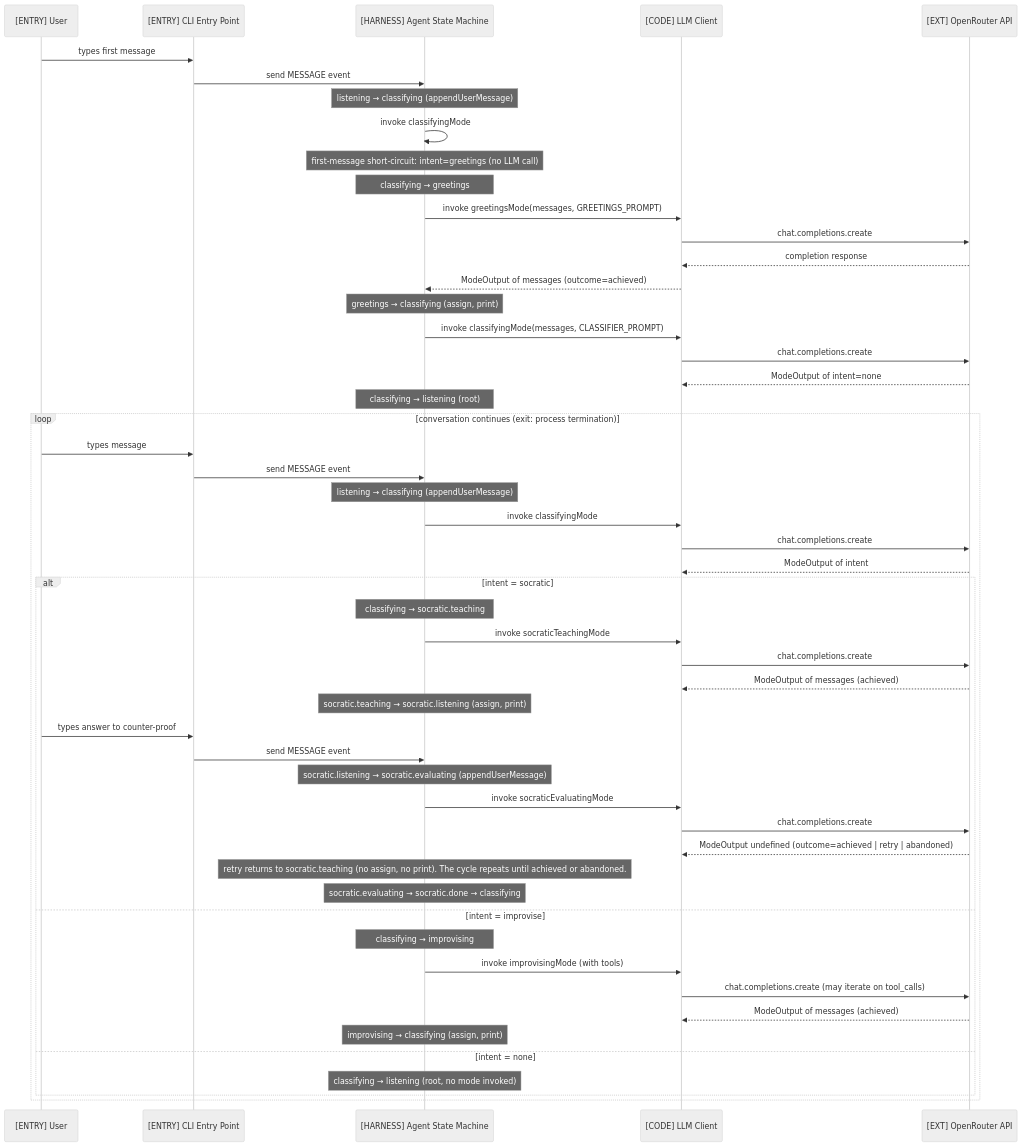
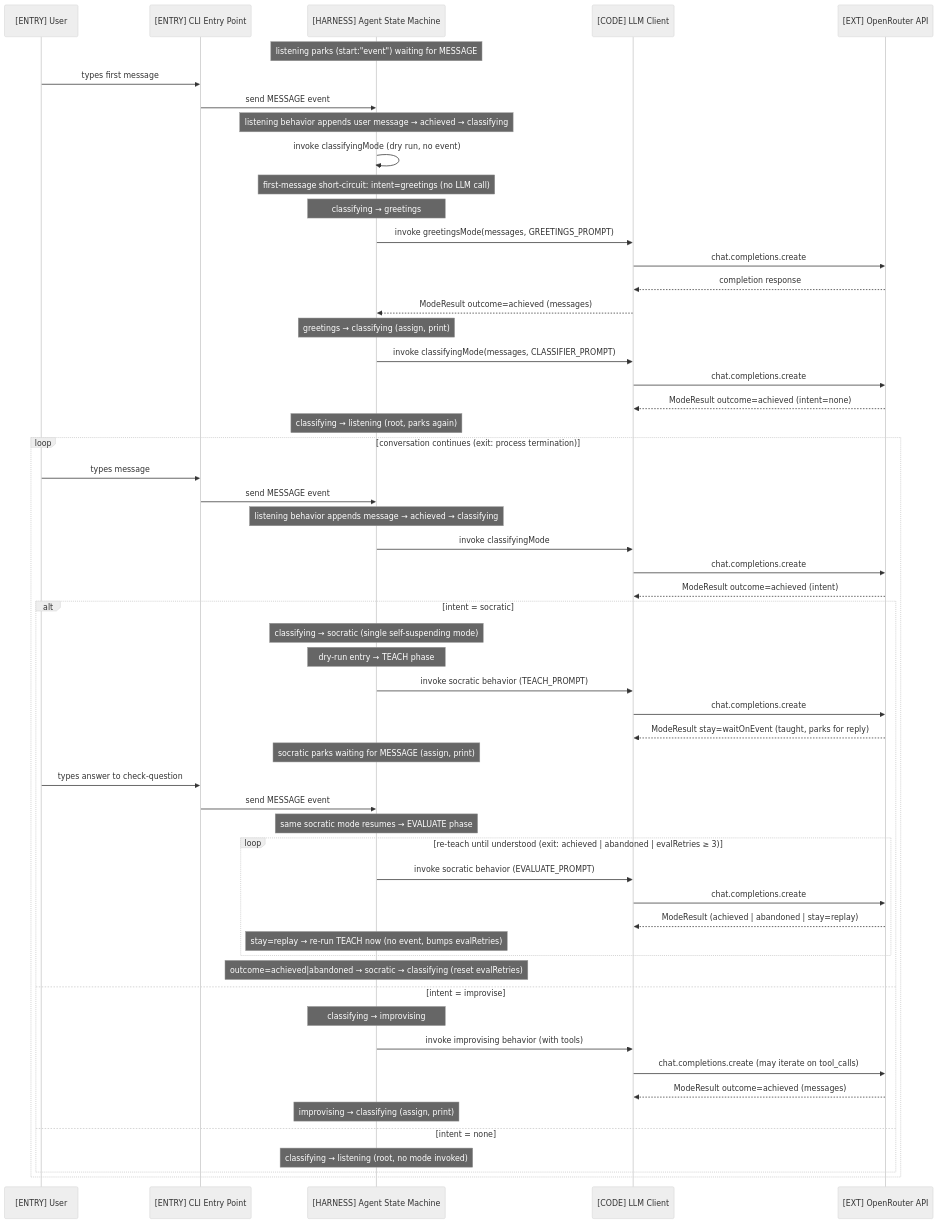
Before and after one commit to EduardoRenani/ai-agent-xstate: the diagram in docs/architecture/c4/flows/user-chat.mmd, drawn with Mermaid (neutral theme). The commit also changed 35 other files, not shown here.

```diff
--- a/docs/architecture/c4/flows/user-chat.mmd
+++ b/docs/architecture/c4/flows/user-chat.mmd
@@ -1,61 +1,65 @@
 %% Spec: c4-doc.md
 %% Modo: incremental
-%% Atualizado: 2026-05-28
+%% Atualizado: 2026-06-09
 %% Fonte: examples/zoe/src/index.ts, examples/zoe/src/machine.ts, examples/zoe/src/llm-client.ts, examples/zoe/src/states/*.ts
 sequenceDiagram
     participant user as [ENTRY] User
     participant cli as [ENTRY] CLI Entry Point
     participant machine as [HARNESS] Agent State Machine
     participant client as [CODE] LLM Client
     participant api as [EXT] OpenRouter API
 
+    Note over machine: listening parks (start:"event") waiting for MESSAGE
     user->>cli: types first message
     cli->>machine: send MESSAGE event
-    Note over machine: listening → classifying (appendUserMessage)
-    machine->>machine: invoke classifyingMode
+    Note over machine: listening behavior appends user message → achieved → classifying
+    machine->>machine: invoke classifyingMode (dry run, no event)
     Note over machine: first-message short-circuit: intent=greetings (no LLM call)
     Note over machine: classifying → greetings
     machine->>client: invoke greetingsMode(messages, GREETINGS_PROMPT)
     client->>api: chat.completions.create
     api-->>client: completion response
-    client-->>machine: ModeOutput of messages (outcome=achieved)
+    client-->>machine: ModeResult outcome=achieved (messages)
     Note over machine: greetings → classifying (assign, print)
     machine->>client: invoke classifyingMode(messages, CLASSIFIER_PROMPT)
     client->>api: chat.completions.create
-    api-->>client: ModeOutput of intent=none
-    Note over machine: classifying → listening (root)
+    api-->>client: ModeResult outcome=achieved (intent=none)
+    Note over machine: classifying → listening (root, parks again)
 
     loop conversation continues (exit: process termination)
         user->>cli: types message
         cli->>machine: send MESSAGE event
-        Note over machine: listening → classifying (appendUserMessage)
+        Note over machine: listening behavior appends message → achieved → classifying
         machine->>client: invoke classifyingMode
         client->>api: chat.completions.create
-        api-->>client: ModeOutput of intent
+        api-->>client: ModeResult outcome=achieved (intent)
 
         alt intent = socratic
-            Note over machine: classifying → socratic.teaching
-            machine->>client: invoke socraticTeachingMode
+            Note over machine: classifying → socratic (single self-suspending mode)
+            Note over machine: dry-run entry → TEACH phase
+            machine->>client: invoke socratic behavior (TEACH_PROMPT)
             client->>api: chat.completions.create
-            api-->>client: ModeOutput of messages (achieved)
-            Note over machine: socratic.teaching → socratic.listening (assign, print)
-            user->>cli: types answer to counter-proof
+            api-->>client: ModeResult stay=waitOnEvent (taught, parks for reply)
+            Note over machine: socratic parks waiting for MESSAGE (assign, print)
+            user->>cli: types answer to check-question
             cli->>machine: send MESSAGE event
-            Note over machine: socratic.listening → socratic.evaluating (appendUserMessage)
-            machine->>client: invoke socraticEvaluatingMode
-            client->>api: chat.completions.create
-            api-->>client: ModeOutput undefined (outcome=achieved | retry | abandoned)
-            Note over machine: retry returns to socratic.teaching (no assign, no print). The cycle repeats until achieved or abandoned.
-            Note over machine: socratic.evaluating → socratic.done → classifying
+            Note over machine: same socratic mode resumes → EVALUATE phase
+            loop re-teach until understood (exit: achieved | abandoned | evalRetries ≥ 3)
+                machine->>client: invoke socratic behavior (EVALUATE_PROMPT)
+                client->>api: chat.completions.create
+                api-->>client: ModeResult (achieved | abandoned | stay=replay)
+                Note over machine: stay=replay → re-run TEACH now (no event, bumps evalRetries)
+            end
+            Note over machine: outcome=achieved|abandoned → socratic → classifying (reset evalRetries)
 
         else intent = improvise
             Note over machine: classifying → improvising
-            machine->>client: invoke improvisingMode (with tools)
+            machine->>client: invoke improvising behavior (with tools)
             client->>api: chat.completions.create (may iterate on tool_calls)
-            api-->>client: ModeOutput of messages (achieved)
+            api-->>client: ModeResult outcome=achieved (messages)
             Note over machine: improvising → classifying (assign, print)
 
         else intent = none
             Note over machine: classifying → listening (root, no mode invoked)
         end
     end
```
